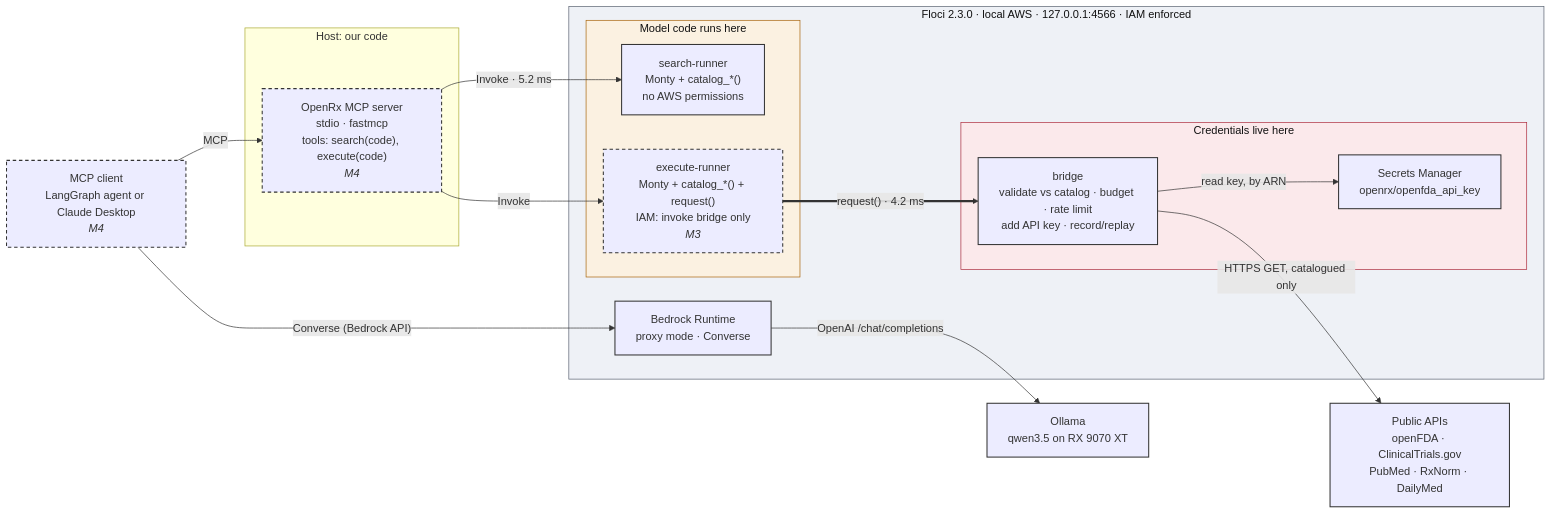
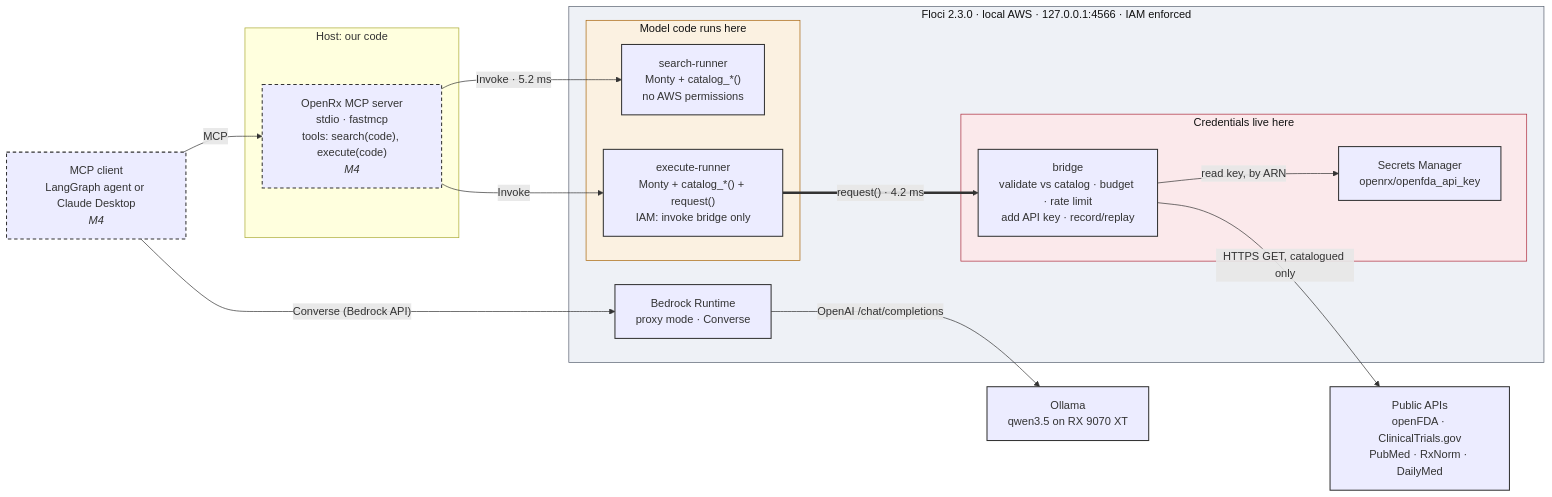
One commit to pratyushmohit/openrx changed the first of 3 diagrams in docs/architecture.md. Above: the diagram before and after it, drawn with Mermaid. The commit also changed other lines of this file and 14 other files, not shown here.

````diff
--- a/docs/architecture.md
+++ b/docs/architecture.md
@@ -18,40 +18,40 @@
 ```mermaid
 flowchart LR
   client["MCP client<br/>LangGraph agent or Claude Desktop<br/><i>M4</i>"]
   ollama["Ollama<br/>qwen3.5 on RX 9070 XT"]
 
   subgraph host["Host: our code"]
     server["OpenRx MCP server<br/>stdio · fastmcp<br/>tools: search(code), execute(code)<br/><i>M4</i>"]
   end
 
   subgraph floci["Floci 2.3.0 · local AWS · 127.0.0.1:4566 · IAM enforced"]
     subgraph sandbox["Model code runs here"]
       search["search-runner<br/>Monty + catalog_*()<br/>no AWS permissions"]
-      execute["execute-runner<br/>Monty + catalog_*() + request()<br/>IAM: invoke bridge only<br/><i>M3</i>"]
+      execute["execute-runner<br/>Monty + catalog_*() + request()<br/>IAM: invoke bridge only"]
     end
     subgraph creds["Credentials live here"]
       bridge["bridge<br/>validate vs catalog · budget · rate limit<br/>add API key · record/replay"]
       secrets["Secrets Manager<br/>openrx/openfda_api_key"]
     end
     bedrock["Bedrock Runtime<br/>proxy mode · Converse"]
   end
 
   apis["Public APIs<br/>openFDA · ClinicalTrials.gov<br/>PubMed · RxNorm · DailyMed"]
 
   client -- "MCP" --> server
   server -- "Invoke · 5.2 ms" --> search
   server -- "Invoke" --> execute
   execute == "request() · 4.2 ms" ==> bridge
   bridge -- "read key, by ARN" --> secrets
   bridge -- "HTTPS GET, catalogued only" --> apis
   client -- "Converse (Bedrock API)" --> bedrock
   bedrock -- "OpenAI /chat/completions" --> ollama
 
   classDef built stroke:#333,stroke-width:1.5px
   classDef planned stroke:#333,stroke-width:1.5px,stroke-dasharray:5 4
-  class secrets,bedrock,ollama,apis,bridge,search built
-  class client,server,execute planned
+  class secrets,bedrock,ollama,apis,bridge,search,execute built
+  class client,server planned
   style sandbox fill:#fbf1e1,stroke:#a8640a,color:#111
   style creds fill:#fbe9eb,stroke:#ad2a3c,color:#111
   style floci fill:#eef1f6,stroke:#586170,color:#111
 ```
````
